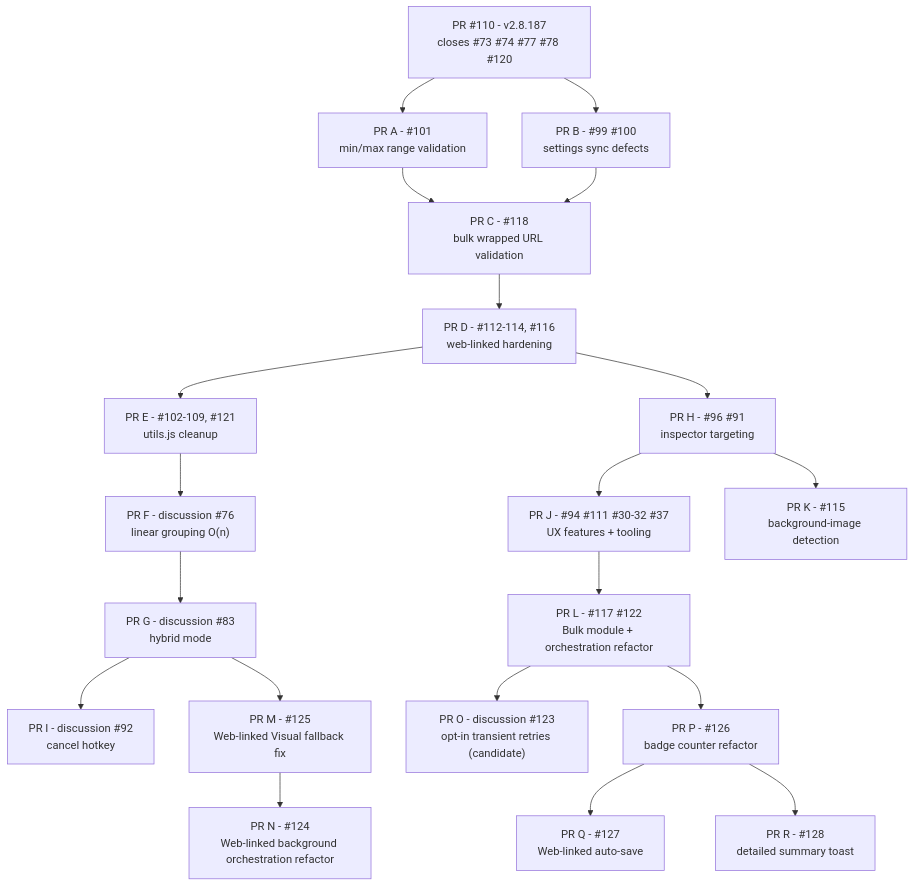
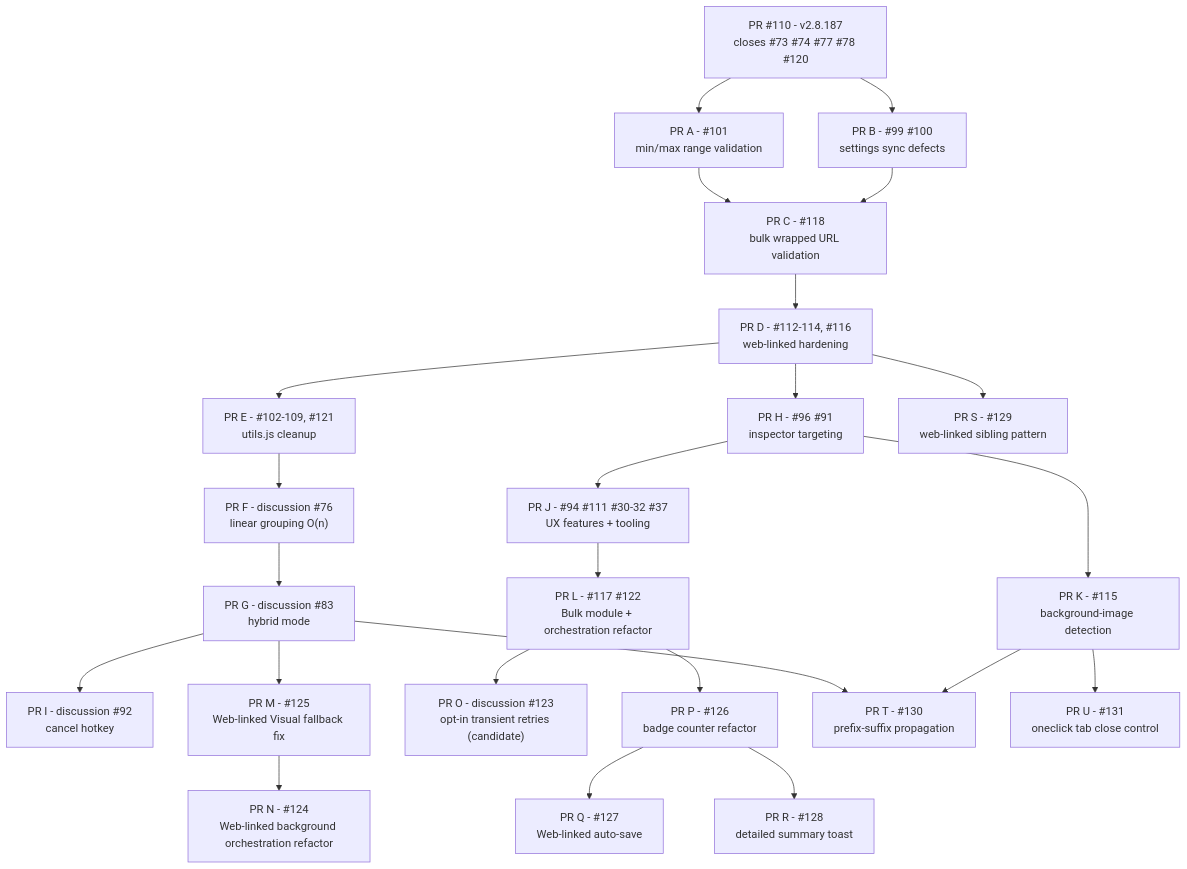
The diagram in docs/ROADMAP.md (del-Pacifico/Mass-Image-Downloader), drawn with Mermaid before and after one commit. The commit also changed other lines of this file, not shown here.

First line of the commit message:
docs(roadmap): add v2.8.193 release train (PRs S, T, U)

````diff
--- a/docs/ROADMAP.md
+++ b/docs/ROADMAP.md
@@ -61,28 +110,34 @@
 ```mermaid
 graph TD
     PR110["PR #110 - v2.8.187<br/>closes #73 #74 #77 #78 #120"] --> PRA["PR A - #101<br/>min/max range validation"]
     PR110 --> PRB["PR B - #99 #100<br/>settings sync defects"]
     PRA --> PRC["PR C - #118<br/>bulk wrapped URL validation"]
     PRB --> PRC
     PRC --> PRD["PR D - #112-114, #116<br/>web-linked hardening"]
     PRD --> PRE["PR E - #102-109, #121<br/>utils.js cleanup"]
     PRE --> PRF["PR F - discussion #76<br/>linear grouping O(n)"]
     PRF --> PRG["PR G - discussion #83<br/>hybrid mode"]
     PRD --> PRH["PR H - #96 #91<br/>inspector targeting"]
     PRG --> PRI["PR I - discussion #92<br/>cancel hotkey"]
     PRH --> PRJ["PR J - #94 #111 #30-32 #37<br/>UX features + tooling"]
     PRH --> PRK["PR K - #115<br/>background-image detection"]
     PRJ --> PRL["PR L - #117 #122<br/>Bulk module + orchestration refactor"]
     
     %% Web-linked track (continúa desde el epic de Web-linked)
     PRG --> PRM["PR M - #125<br/>Web-linked Visual fallback fix"]
     PRM --> PRN["PR N - #124<br/>Web-linked background orchestration refactor"]
     
     %% Bulk track (continúa desde el refactor de Bulk)
     PRL --> PRO["PR O - discussion #123<br/>opt-in transient retries (candidate)"]
     
     %% Download tracking & feedback track (nace tras el refactor de orquestación)
     PRL --> PRP["PR P - #126<br/>badge counter refactor"]
     PRP --> PRQ["PR Q - #127<br/>Web-linked auto-save"]
     PRP --> PRR["PR R - #128<br/>detailed summary toast"]
+
+    %% v2.8.193 Track: Web-linked heuristics & One-click UX enhancements
+    PRD --> PRS["PR S - #129<br/>web-linked sibling pattern"]
+    PRG --> PRT["PR T - #130<br/>prefix-suffix propagation"]
+    PRK --> PRT
+    PRK --> PRU["PR U - #131<br/>oneclick tab close control"]
 ```
````
